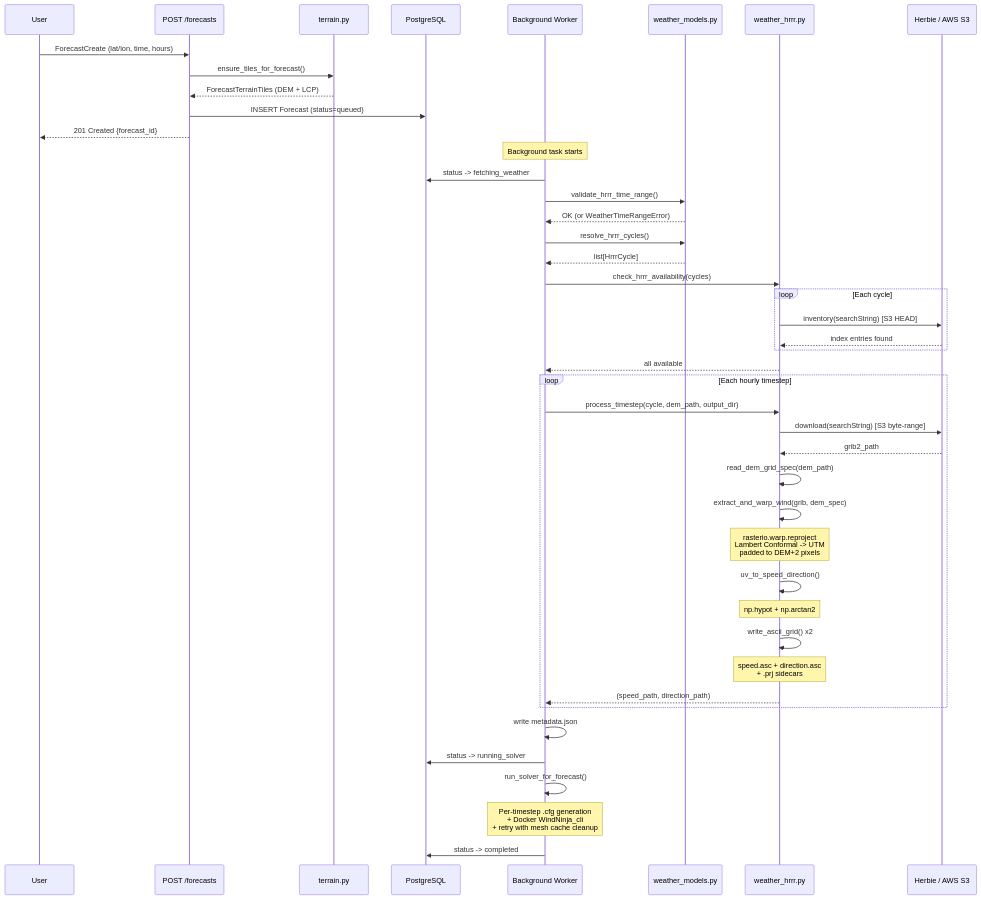
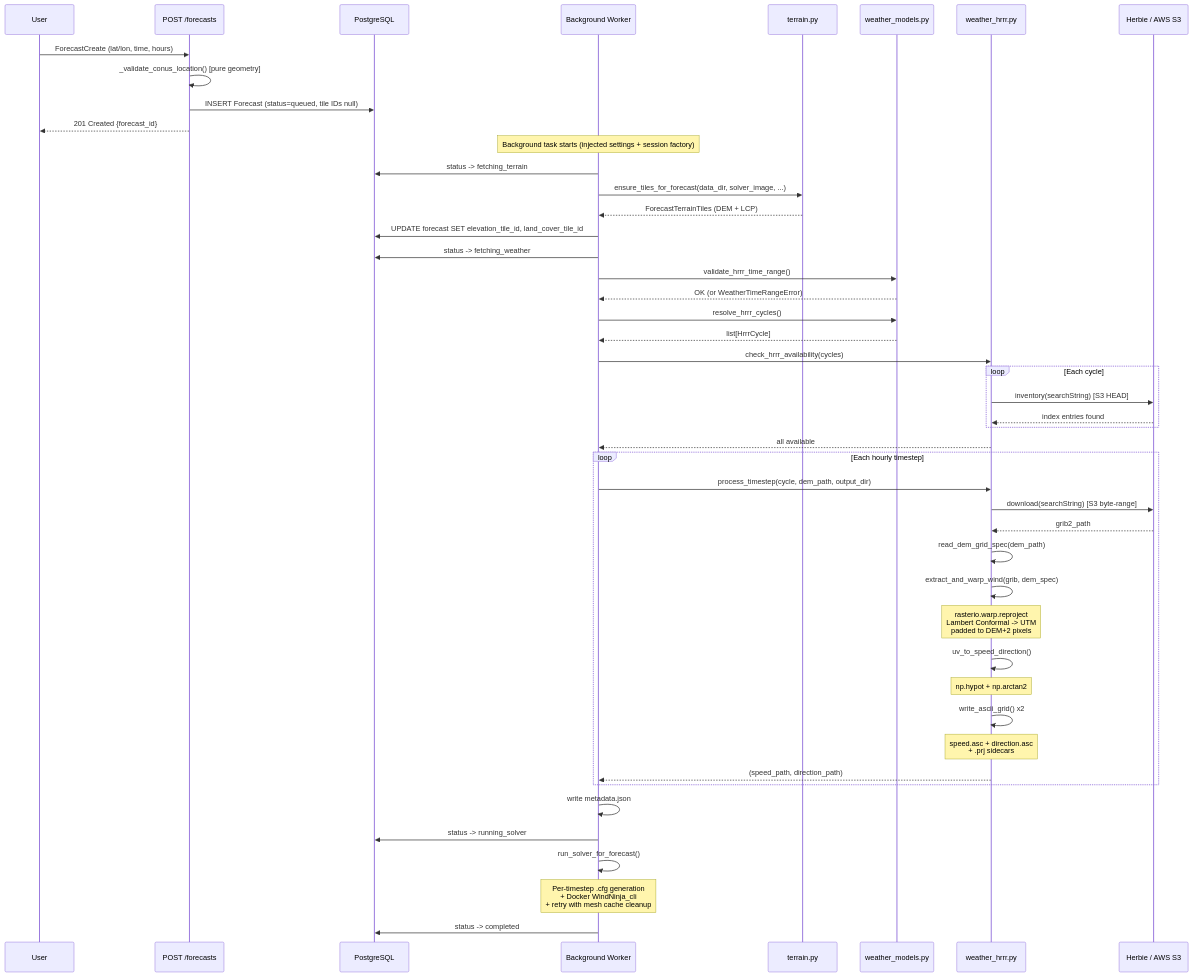
The diagram in docs/phase2-backend-design.md (dave42299/mountain-windninja-app), drawn with Mermaid before and after one commit. The commit also changed other lines of this file and 8 other files, not shown here.

````diff
--- a/docs/phase2-backend-design.md
+++ b/docs/phase2-backend-design.md
@@ -350,52 +348,56 @@
 ```mermaid
 sequenceDiagram
     participant User
     participant API as POST /forecasts
-    participant Terrain as terrain.py
     participant DB as PostgreSQL
     participant BG as Background Worker
+    participant Terrain as terrain.py
     participant WM as weather_models.py
     participant WH as weather_hrrr.py
     participant Herbie as Herbie / AWS S3
 
     User->>API: ForecastCreate (lat/lon, time, hours)
-    API->>Terrain: ensure_tiles_for_forecast()
-    Terrain-->>API: ForecastTerrainTiles (DEM + LCP)
-    API->>DB: INSERT Forecast (status=queued)
+    API->>API: _validate_conus_location() [pure geometry]
+    API->>DB: INSERT Forecast (status=queued, tile IDs null)
     API-->>User: 201 Created {forecast_id}
 
-    Note over BG: Background task starts
+    Note over BG: Background task starts (injected settings + session factory)
+
+    BG->>DB: status -> fetching_terrain
+    BG->>Terrain: ensure_tiles_for_forecast(data_dir, solver_image, ...)
+    Terrain-->>BG: ForecastTerrainTiles (DEM + LCP)
+    BG->>DB: UPDATE forecast SET elevation_tile_id, land_cover_tile_id
 
     BG->>DB: status -> fetching_weather
     BG->>WM: validate_hrrr_time_range()
     WM-->>BG: OK (or WeatherTimeRangeError)
     BG->>WM: resolve_hrrr_cycles()
     WM-->>BG: list[HrrrCycle]
 
     BG->>WH: check_hrrr_availability(cycles)
     loop Each cycle
         WH->>Herbie: inventory(searchString) [S3 HEAD]
         Herbie-->>WH: index entries found
     end
     WH-->>BG: all available
 
     loop Each hourly timestep
         BG->>WH: process_timestep(cycle, dem_path, output_dir)
         WH->>Herbie: download(searchString) [S3 byte-range]
         Herbie-->>WH: grib2_path
         WH->>WH: read_dem_grid_spec(dem_path)
         WH->>WH: extract_and_warp_wind(grib, dem_spec)
         Note over WH: rasterio.warp.reproject<br/>Lambert Conformal -> UTM<br/>padded to DEM+2 pixels
         WH->>WH: uv_to_speed_direction()
         Note over WH: np.hypot + np.arctan2
         WH->>WH: write_ascii_grid() x2
         Note over WH: speed.asc + direction.asc<br/>+ .prj sidecars
         WH-->>BG: (speed_path, direction_path)
     end
 
     BG->>BG: write metadata.json
     BG->>DB: status -> running_solver
     BG->>BG: run_solver_for_forecast()
     Note over BG: Per-timestep .cfg generation<br/>+ Docker WindNinja_cli<br/>+ retry with mesh cache cleanup
     BG->>DB: status -> completed
 ```
````
